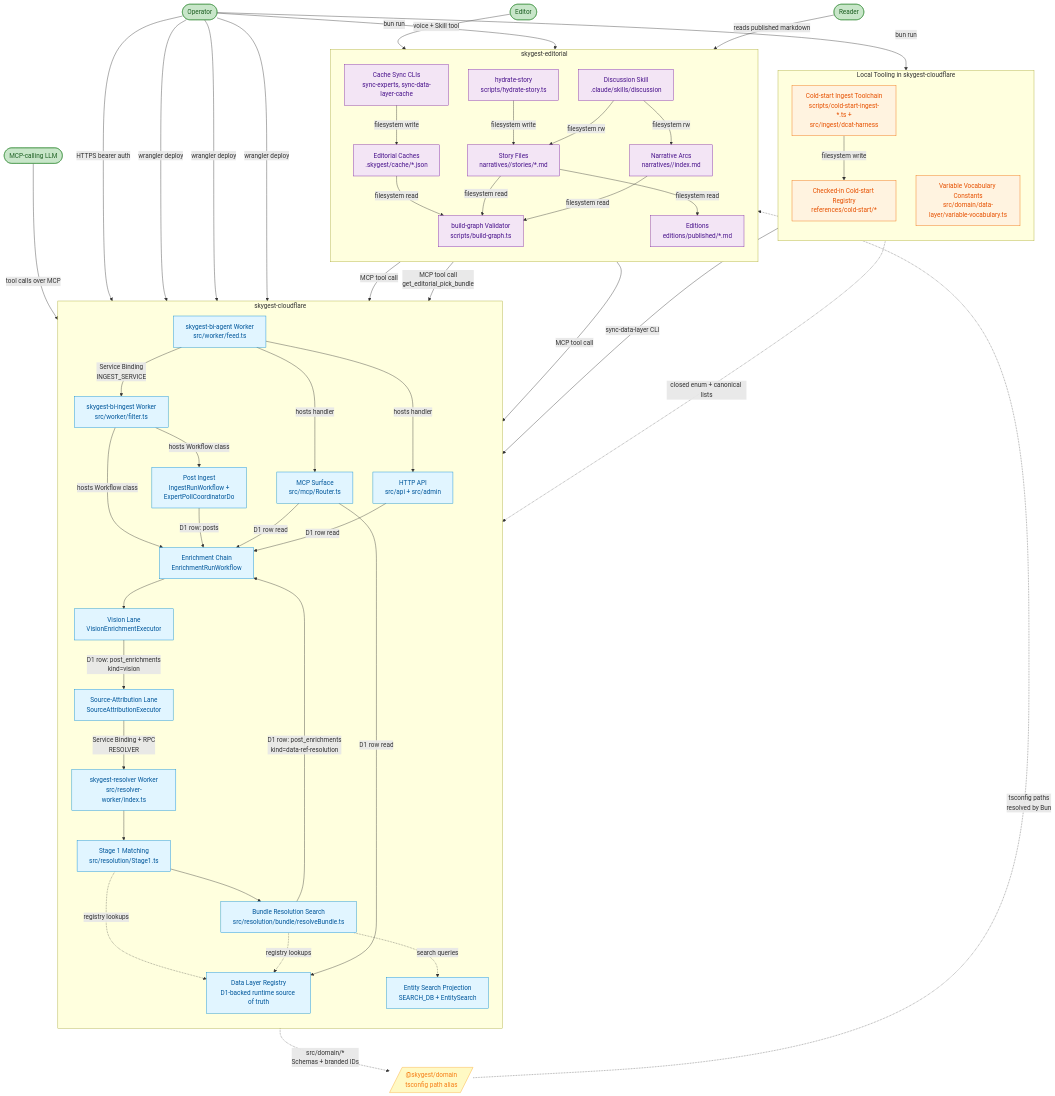
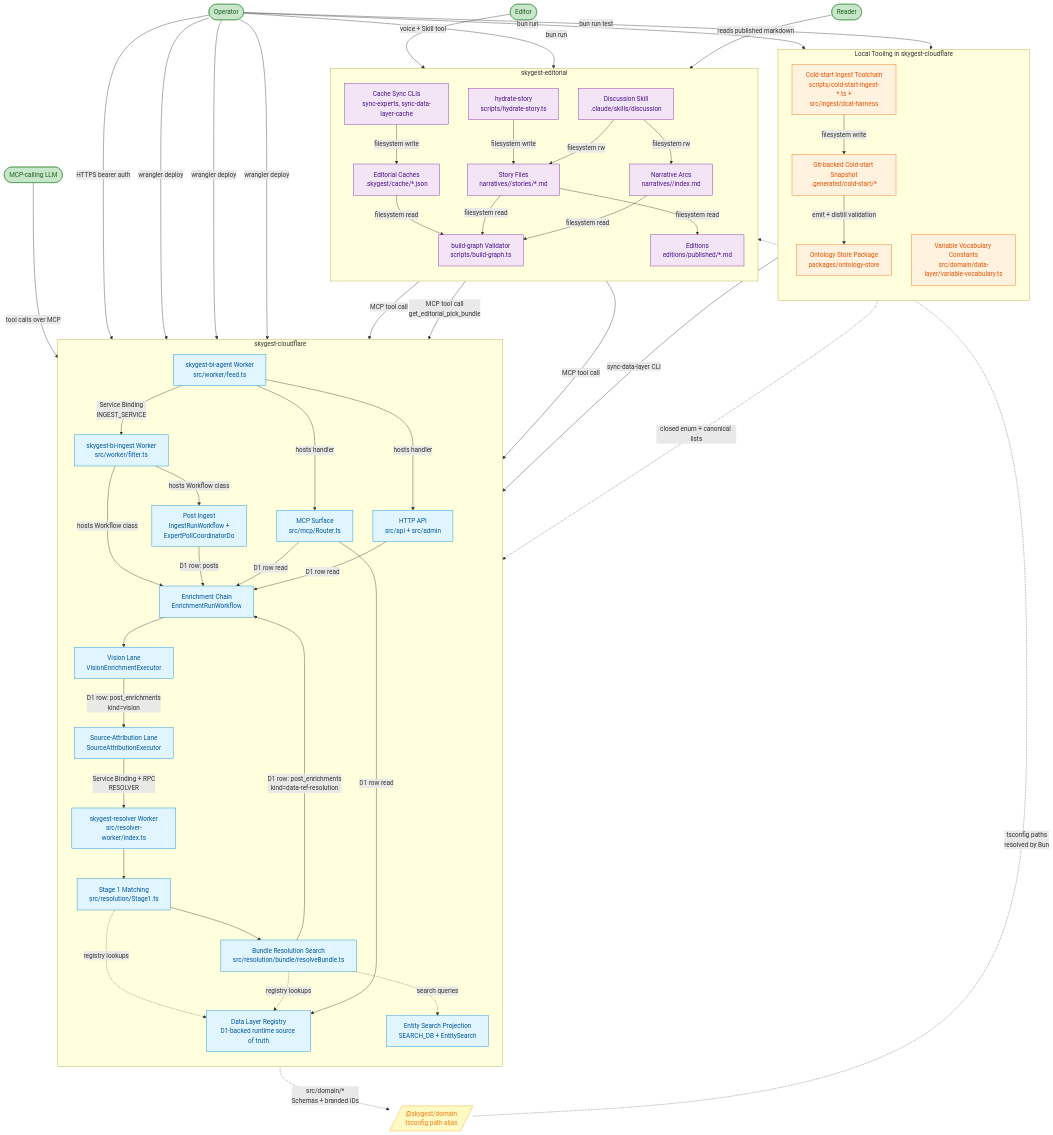
Before and after one commit to mepuka/skygest: the diagram in docs/architecture/system-context.md, drawn with Mermaid. The commit also changed other lines of this file and 3 other files, not shown here.

First line of the commit message:
Codex/architecture doc update 2026 04 16 (#134)

````diff
--- a/docs/architecture/system-context.md
+++ b/docs/architecture/system-context.md
@@ -33,8 +33,9 @@
   subgraph TOOLS[Local Tooling in skygest-cloudflare]
     direction TB
     ColdStart[Cold-start Ingest Toolchain<br/>scripts/cold-start-ingest-*.ts +<br/>src/ingest/dcat-harness]
-    Seed[Checked-in Cold-start Registry<br/>references/cold-start/*]
+    Seed[Git-backed Cold-start Snapshot<br/>.generated/cold-start/*]
     VariableVocab[Variable Vocabulary Constants<br/>src/domain/data-layer/variable-vocabulary.ts]
+    OntologyStore[Ontology Store Package<br/>packages/ontology-store]
   end
 
   subgraph ED[skygest-editorial]
@@ -70,6 +71,7 @@
 
   ColdStart -->|filesystem write| Seed
   Seed -->|sync-data-layer CLI| Registry
+  Seed -->|emit + distill validation| OntologyStore
   VariableVocab -.->|closed enum + canonical lists| Registry
 
   MCP -->|D1 row read| Enrich
@@ -96,6 +98,7 @@
   Operator -->|HTTPS bearer auth| Api
   Operator -->|bun run| Sync
   Operator -->|bun run| ColdStart
+  Operator -->|bun run test| OntologyStore
   Operator -->|wrangler deploy| IngestWorker
   Operator -->|wrangler deploy| AgentWorker
   Operator -->|wrangler deploy| Resolver
@@ -110,6 +113,6 @@
   class IngestWorker,AgentWorker,Ingest,Enrich,Vision,SrcAttr,Resolver,Stage1,Search,Registry,SearchProjection,MCP,Api cf
   class Hydrate,Sync,Caches,BuildGraph,Discussion,Stories,Arcs,Editions ed
   class DomainBridge bridge
-  class ColdStart,Seed,VariableVocab tools
+  class ColdStart,Seed,VariableVocab,OntologyStore tools
   class Reader,Editor,MCPModel,Operator actor
 ```
````
